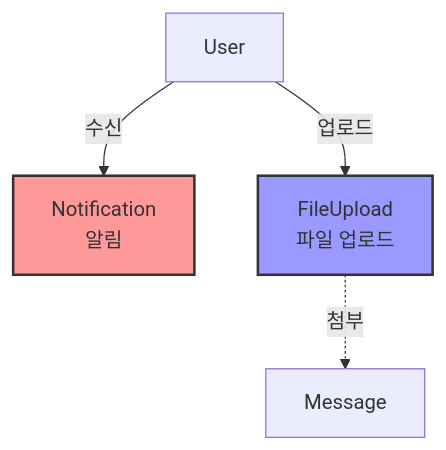
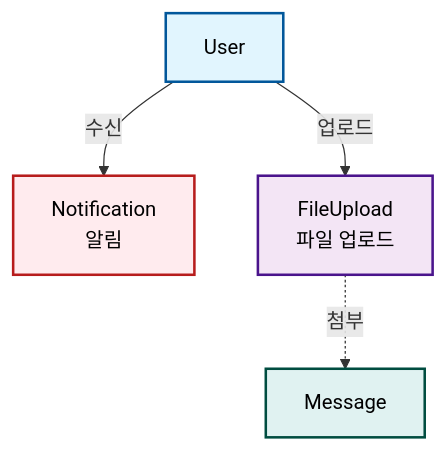
Before and after one commit to maximizest/connecto-nest: the sixth of 6 diagrams in .md/entity-relationship-diagram.md, drawn with Mermaid. The commit also changed other lines of this file, not shown here.

````diff
--- a/.md/entity-relationship-diagram.md
+++ b/.md/entity-relationship-diagram.md
@@ -117,14 +123,16 @@
 ```mermaid
 graph TB
     User[User]
     Notification[Notification<br/>알림]
     FileUpload[FileUpload<br/>파일 업로드]
     Message[Message]
     
     User -->|수신| Notification
     User -->|업로드| FileUpload
     FileUpload -.->|첨부| Message
     
-    style Notification fill:#f99,stroke:#333,stroke-width:2px
-    style FileUpload fill:#99f,stroke:#333,stroke-width:2px
+    style User fill:#e1f5fe,stroke:#01579b,stroke-width:2px,color:#000
+    style Notification fill:#ffebee,stroke:#b71c1c,stroke-width:2px,color:#000
+    style FileUpload fill:#f3e5f5,stroke:#4a148c,stroke-width:2px,color:#000
+    style Message fill:#e0f2f1,stroke:#004d40,stroke-width:2px,color:#000
 ```
````
